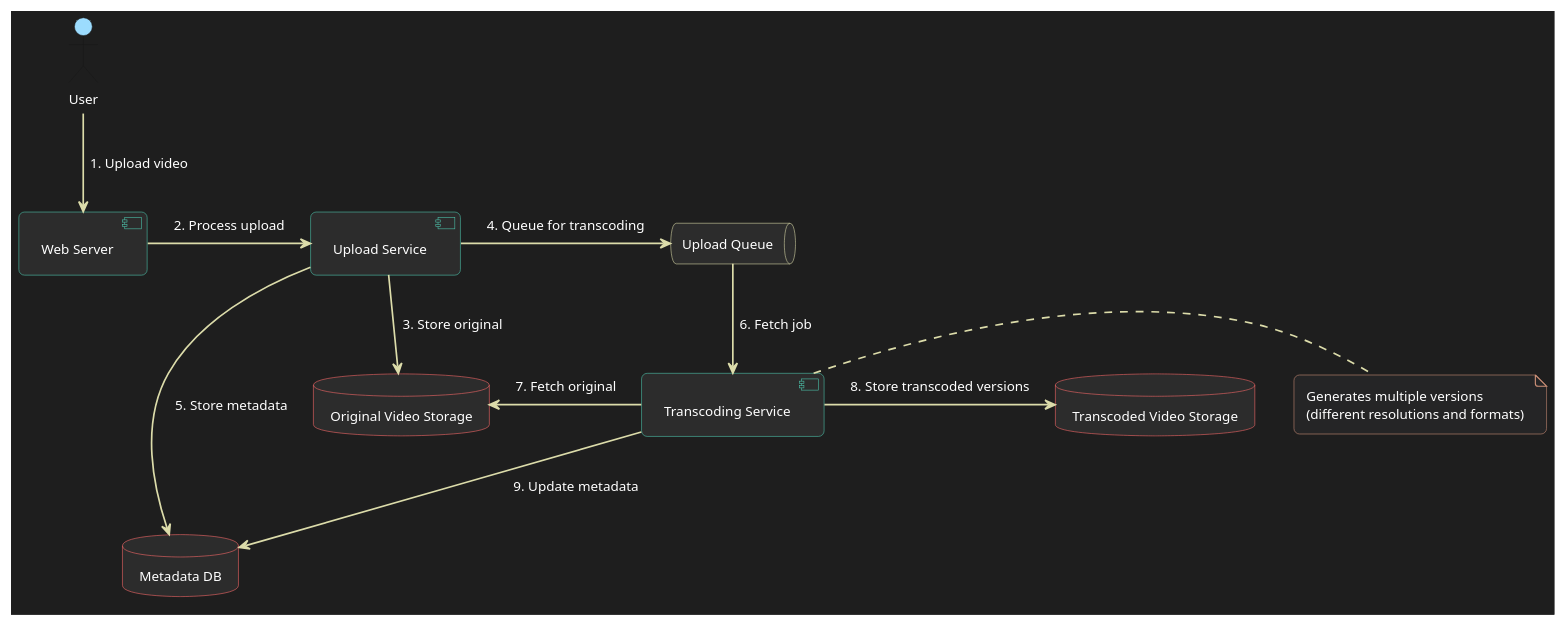
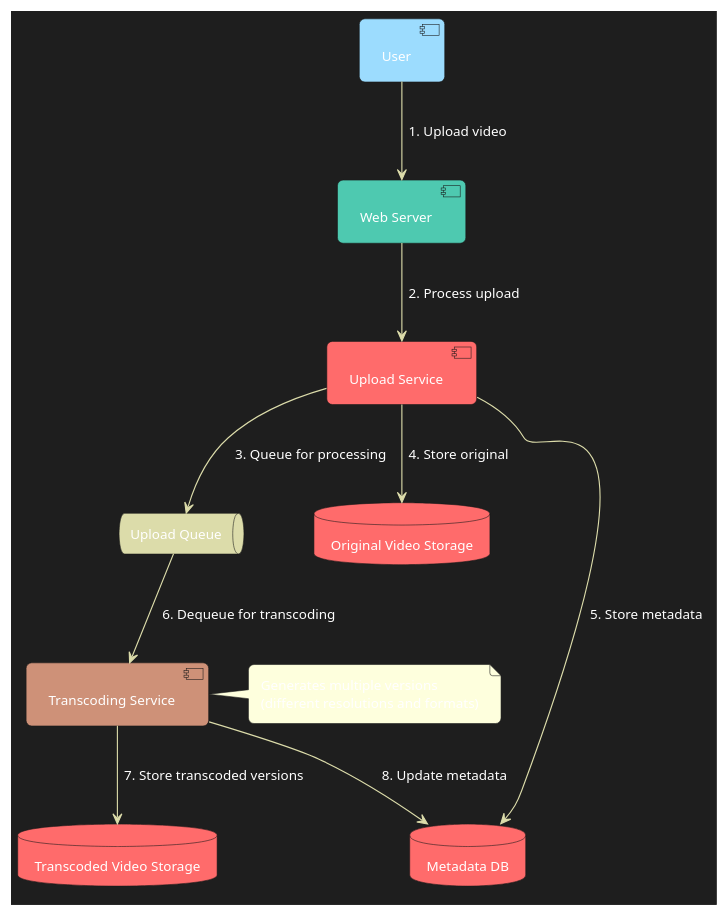
One commit to huangyingw/system_design changed the diagram in youtube/YouTube_Video_Upload_and_Processing_Schema.puml. Above: the diagram before and after it, drawn with PlantUML.

```diff
--- a/youtube/YouTube_Video_Upload_and_Processing_Schema.puml
+++ b/youtube/YouTube_Video_Upload_and_Processing_Schema.puml
@@ -1,80 +1,39 @@
 @startuml YouTube_Video_Upload_Architecture
+
+allowmixing
 
 ' 设置整体主题
 skinparam backgroundColor #1E1E1E
 skinparam defaultFontName Arial
 skinparam defaultFontSize 12
 skinparam defaultFontColor #FFFFFF
 skinparam padding 5
 skinparam roundCorner 10
 
-' 定制组件样式
-skinparam component {
-  BackgroundColor #2C2C2C
-  BorderColor #4EC9B0
-  FontColor #FFFFFF
-}
+' 定义主要组件
+component "User" as user #9CDCFE
+component "Web Server" as webserver #4EC9B0
+component "Upload Service" as uploadservice #FF6B6B
+queue "Upload Queue" as uploadqueue #DCDCAA
+component "Transcoding Service" as transcodingservice #CE9178
+database "Original Video Storage" as originalstorage #FF6B6B
+database "Transcoded Video Storage" as transcodedStorage #FF6B6B
+database "Metadata DB" as metadatadb #FF6B6B
 
-' 定制数据库样式
-skinparam database {
-  BackgroundColor #2C2C2C
-  BorderColor #FF6B6B
-  FontColor #FFFFFF
-}
-
-' 定制队列样式
-skinparam queue {
-  BackgroundColor #2C2C2C
-  BorderColor #DCDCAA
-  FontColor #FFFFFF
-}
-
-' 定制接口样式
-skinparam interface {
-  BackgroundColor #2C2C2C
-  BorderColor #4EC9B0
-  FontColor #FFFFFF
-}
-
-' 定制箭头样式
-skinparam arrow {
-  Color #DCDCAA
-  FontColor #FFFFFF
-  Thickness 1.5
-}
-
-' 定制注释样式
-skinparam note {
-  BackgroundColor #252526
-  BorderColor #CE9178
-  FontColor #FFFFFF
-}
-
-' 定义主要组件
-actor "User" as user #9CDCFE
-component "Web Server" as webserver
-component "Upload Service" as uploadservice
-queue "Upload Queue" as uploadqueue
-component "Transcoding Service" as transcodingservice
-database "Original Video Storage" as originalstorage
-database "Transcoded Video Storage" as transcodedStorage
-database "Metadata DB" as metadatadb
-
-' 定义交互流程
-user -down-> webserver : 1. Upload video
-webserver -right-> uploadservice : 2. Process upload
-uploadservice -down-> originalstorage : 3. Store original
-uploadservice -right-> uploadqueue : 4. Queue for transcoding
-uploadservice -down-> metadatadb : 5. Store metadata
-uploadqueue -down-> transcodingservice : 6. Fetch job
-transcodingservice -left-> originalstorage : 7. Fetch original
-transcodingservice -right-> transcodedStorage : 8. Store transcoded versions
-transcodingservice -down-> metadatadb : 9. Update metadata
+' 定义流程
+user -[#DCDCAA]-> webserver : 1. Upload video
+webserver -[#DCDCAA]-> uploadservice : 2. Process upload
+uploadservice -[#DCDCAA]-> uploadqueue : 3. Queue for processing
+uploadservice -[#DCDCAA]-> originalstorage : 4. Store original
+uploadservice -[#DCDCAA]-> metadatadb : 5. Store metadata
+uploadqueue -[#DCDCAA]-> transcodingservice : 6. Dequeue for transcoding
+transcodingservice -[#DCDCAA]-> transcodedStorage : 7. Store transcoded versions
+transcodingservice -[#DCDCAA]-> metadatadb : 8. Update metadata
 
 ' 添加注释
 note right of transcodingservice
   Generates multiple versions
   (different resolutions and formats)
 end note
 
 @enduml
```
